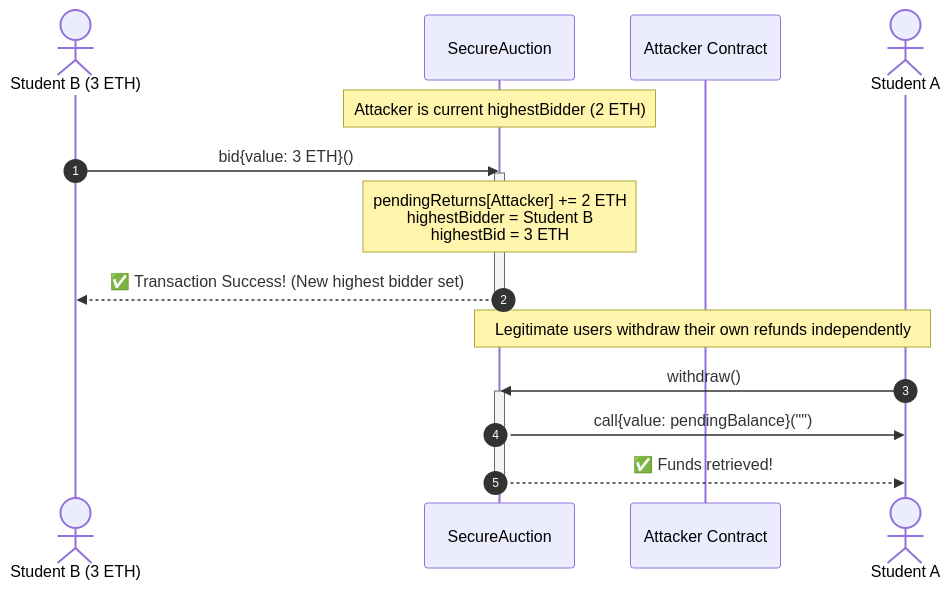
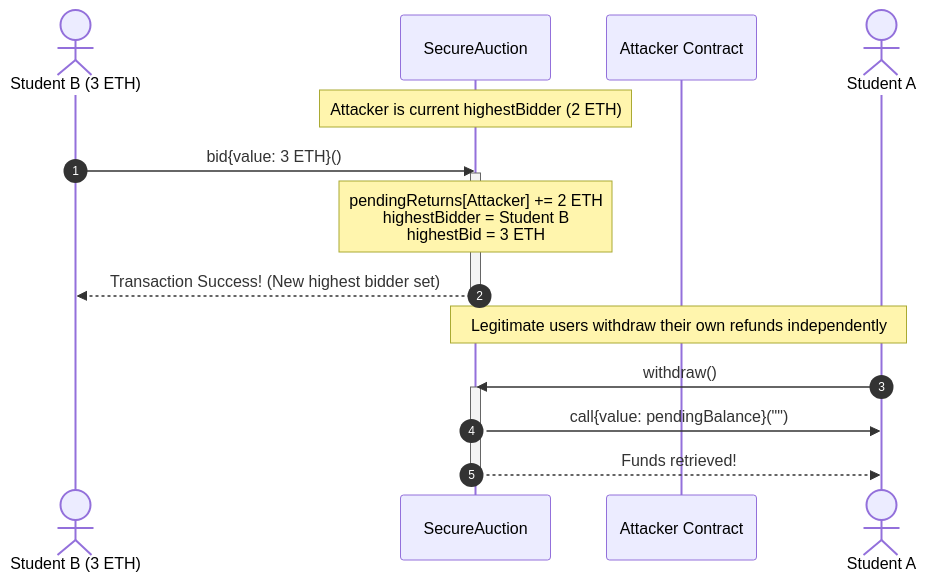
One commit to Rohit-Solanki-6105/blockchain-security-learning changed the second of 4 diagrams in docs/DOS.md. Above: the diagram before and after it, drawn with Mermaid. The commit also changed other lines of this file, not shown here.

````diff
--- a/docs/DOS.md
+++ b/docs/DOS.md
@@ -86,23 +91,23 @@
 ```mermaid
 sequenceDiagram
     autonumber
     actor StudentB as Student B (3 ETH)
     participant Auction as SecureAuction
     participant Attacker as Attacker Contract
     actor StudentA as Student A
 
     Note over Auction: Attacker is current highestBidder (2 ETH)
     StudentB->>Auction: bid{value: 3 ETH}()
     activate Auction
     Note over Auction: pendingReturns[Attacker] += 2 ETH<br/>highestBidder = Student B<br/>highestBid = 3 ETH
-    Auction-->>StudentB: ✅ Transaction Success! (New highest bidder set)
+    Auction-->>StudentB: Transaction Success! (New highest bidder set)
     deactivate Auction
 
     Note over StudentA,Auction: Legitimate users withdraw their own refunds independently
     StudentA->>Auction: withdraw()
     activate Auction
     Auction->>StudentA: call{value: pendingBalance}("")
-    Auction-->>StudentA: ✅ Funds retrieved!
+    Auction-->>StudentA: Funds retrieved!
     deactivate Auction
 
 ```
````
